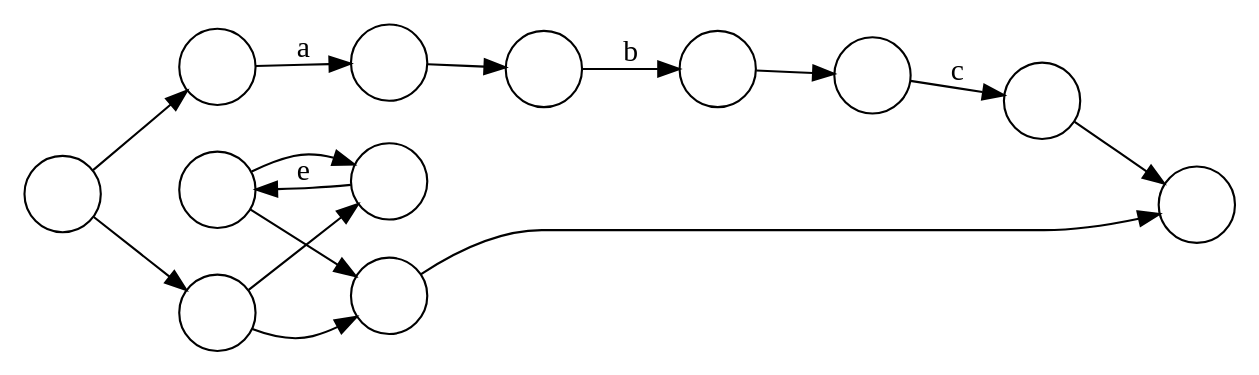
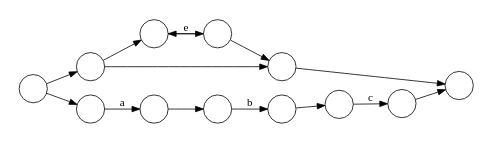
One commit to leegao/LuaInLua changed the diagram in test.dot. Above: the diagram before and after it, drawn with Graphviz. The commit also changed 2 other files, not shown here.

Commit message:
reduced regex to use graph abstraction

```diff
--- a/test.dot
+++ b/test.dot
@@ -1,19 +1,19 @@
 digraph {
   rankdir=LR;
-  size="9"
+  size="3"
   node[shape=circle,label=""];
+  1 -> 9[label=""];
+  1 -> 3[label=""];
   3 -> 4[label="a"];
+  4 -> 5[label=""];
   5 -> 6[label="b"];
-  4 -> 5[label=""];
+  6 -> 7[label=""];
   7 -> 8[label="c"];
-  6 -> 7[label=""];
+  8 -> 2[label=""];
+  9 -> 11[label=""];
+  9 -> 10[label=""];
+  10 -> 2[label=""];
   11 -> 12[label="e"];
-  9 -> 11[label=""];
   12 -> 11[label=""];
   12 -> 10[label=""];
-  9 -> 10[label=""];
-  1 -> 3[label=""];
-  1 -> 9[label=""];
-  8 -> 2[label=""];
-  10 -> 2[label=""];
 }
```
